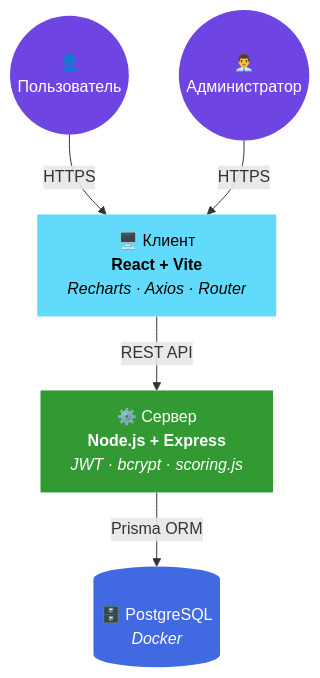
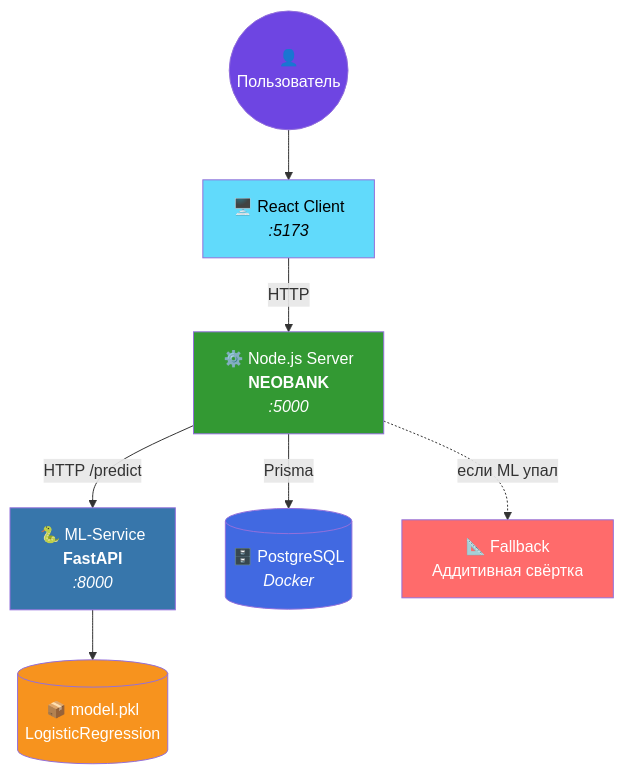
The diagram in README.md (allv520/NeoBank), drawn with Mermaid before and after one commit. The commit also changed other lines of this file, not shown here.

````diff
--- a/README.md
+++ b/README.md
@@ -97,20 +137,26 @@
 ```mermaid
 flowchart TB
     User(("👤<br/>Пользователь"))
-    Admin(("👨‍💼<br/>Администратор"))
-
-    Client["🖥️ Клиент<br/><b>React + Vite</b><br/><i>Recharts · Axios · Router</i>"]
-    Server["⚙️ Сервер<br/><b>Node.js + Express</b><br/><i>JWT · bcrypt · scoring.js</i>"]
+    
+    React["🖥️ React Client<br/><i>:5173</i>"]
+    Node["⚙️ Node.js Server<br/><b>NEOBANK</b><br/><i>:5000</i>"]
+    ML["🐍 ML-Service<br/><b>FastAPI</b><br/><i>:8000</i>"]
+    Model[("📦 model.pkl<br/>LogisticRegression")]
     DB[("🗄️ PostgreSQL<br/><i>Docker</i>")]
-
-    User -->|HTTPS| Client
-    Admin -->|HTTPS| Client
-    Client -->|"REST API"| Server
-    Server -->|"Prisma ORM"| DB
-
-    style User fill:#6e45e2,color:#fff,stroke:none
-    style Admin fill:#6e45e2,color:#fff,stroke:none
-    style Client fill:#61DAFB,color:#000,stroke:none
-    style Server fill:#339933,color:#fff,stroke:none
-    style DB fill:#4169E1,color:#fff,stroke:none
+    Fallback["📐 Fallback<br/>Аддитивная свёртка"]
+    
+    User --> React
+    React -->|"HTTP"| Node
+    Node -->|"HTTP /predict"| ML
+    ML --> Model
+    Node -.->|"если ML упал"| Fallback
+    Node -->|"Prisma"| DB
+    
+    style User fill:#6e45e2,color:#fff
+    style React fill:#61DAFB,color:#000
+    style Node fill:#339933,color:#fff
+    style ML fill:#3776AB,color:#fff
+    style Model fill:#F7931E,color:#fff
+    style DB fill:#4169E1,color:#fff
+    style Fallback fill:#ff6b6b,color:#fff
 ```
````
